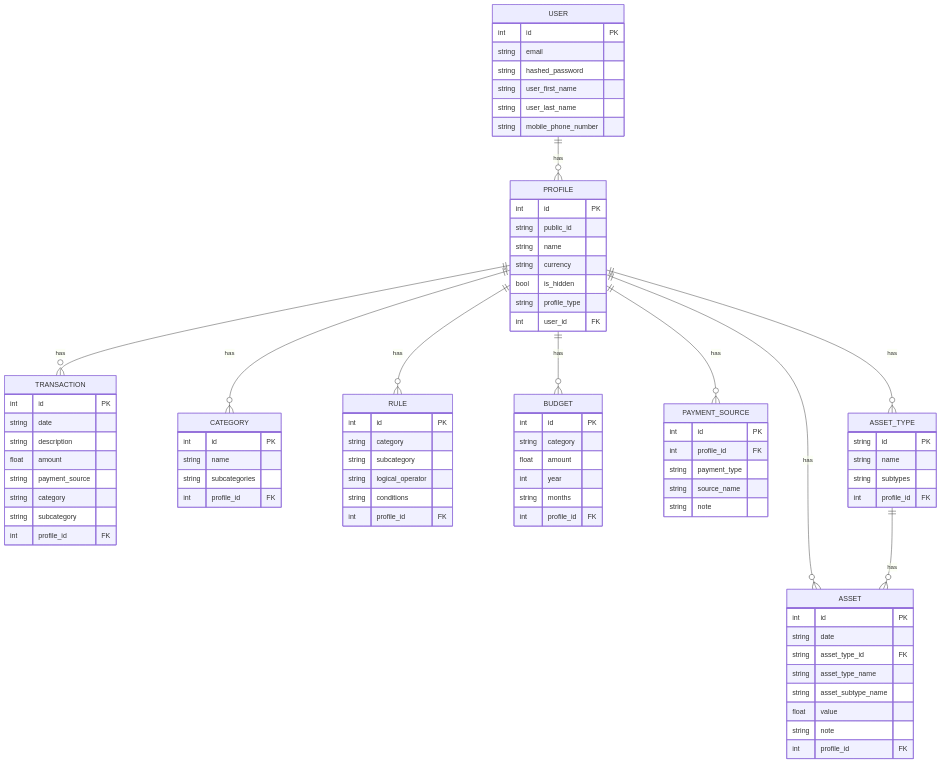
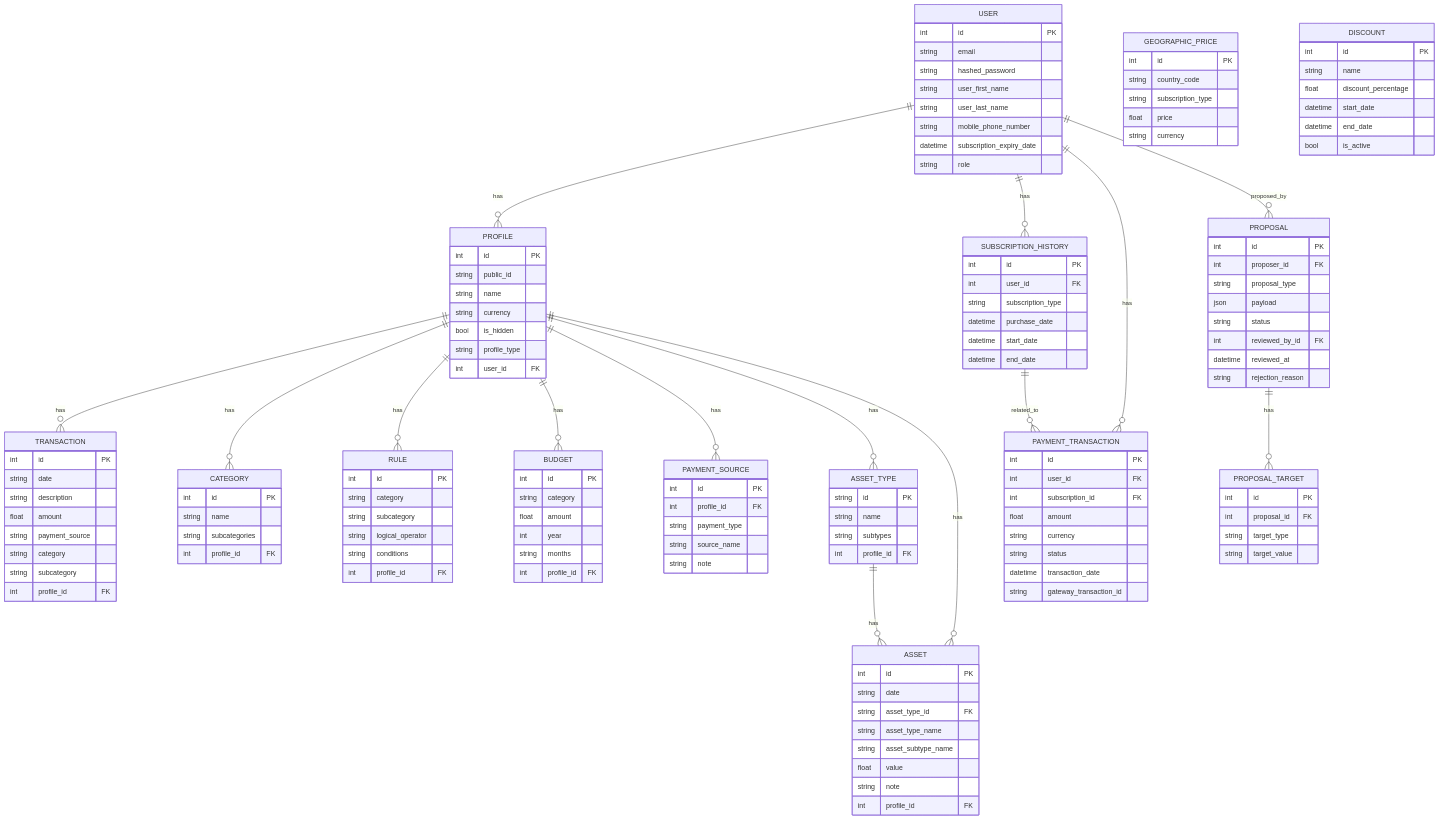
The third of 3 diagrams in docs/ARCHITECTURE.md (Pratyush576/expense_tracker_ui), drawn with Mermaid before and after one commit. The commit also changed other lines of this file and 6 other files, not shown here.

Commit message:
docs: update ARCHITECTURE.md and README.md

````diff
--- a/docs/ARCHITECTURE.md
+++ b/docs/ARCHITECTURE.md
@@ -163,6 +279,9 @@
 ```mermaid
 erDiagram
     USER ||--o{ PROFILE : has
+    USER ||--o{ SUBSCRIPTION_HISTORY : has
+    USER ||--o{ PAYMENT_TRANSACTION : has
+    USER ||--o{ PROPOSAL : proposed_by
     PROFILE ||--o{ TRANSACTION : has
     PROFILE ||--o{ CATEGORY : has
     PROFILE ||--o{ RULE : has
@@ -171,6 +290,8 @@
     PROFILE ||--o{ ASSET_TYPE : has
     PROFILE ||--o{ ASSET : has
     ASSET_TYPE ||--o{ ASSET : has
+    PROPOSAL ||--o{ PROPOSAL_TARGET : has
+    SUBSCRIPTION_HISTORY ||--o{ PAYMENT_TRANSACTION : related_to
 
     USER {
         int id PK
@@ -179,6 +300,8 @@
         string user_first_name
         string user_last_name
         string mobile_phone_number
+        datetime subscription_expiry_date
+        string role
     }
 
     PROFILE {
@@ -252,4 +375,59 @@
         string note
         int profile_id FK
     }
+
+    SUBSCRIPTION_HISTORY {
+        int id PK
+        int user_id FK
+        string subscription_type
+        datetime purchase_date
+        datetime start_date
+        datetime end_date
+    }
+
+    PAYMENT_TRANSACTION {
+        int id PK
+        int user_id FK
+        int subscription_id FK
+        float amount
+        string currency
+        string status
+        datetime transaction_date
+        string gateway_transaction_id
+    }
+
+    GEOGRAPHIC_PRICE {
+        int id PK
+        string country_code
+        string subscription_type
+        float price
+        string currency
+    }
+
+    DISCOUNT {
+        int id PK
+        string name
+        float discount_percentage
+        datetime start_date
+        datetime end_date
+        bool is_active
+    }
+
+    PROPOSAL {
+        int id PK
+        int proposer_id FK
+        string proposal_type
+        json payload
+        string status
+        int reviewed_by_id FK
+        datetime reviewed_at
+        string rejection_reason
+    }
+
+    PROPOSAL_TARGET {
+        int id PK
+        int proposal_id FK
+        string target_type
+        string target_value
+    }
 ```
````
